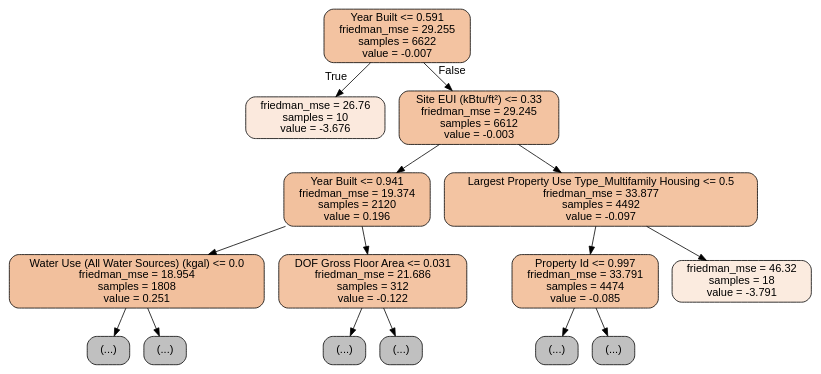
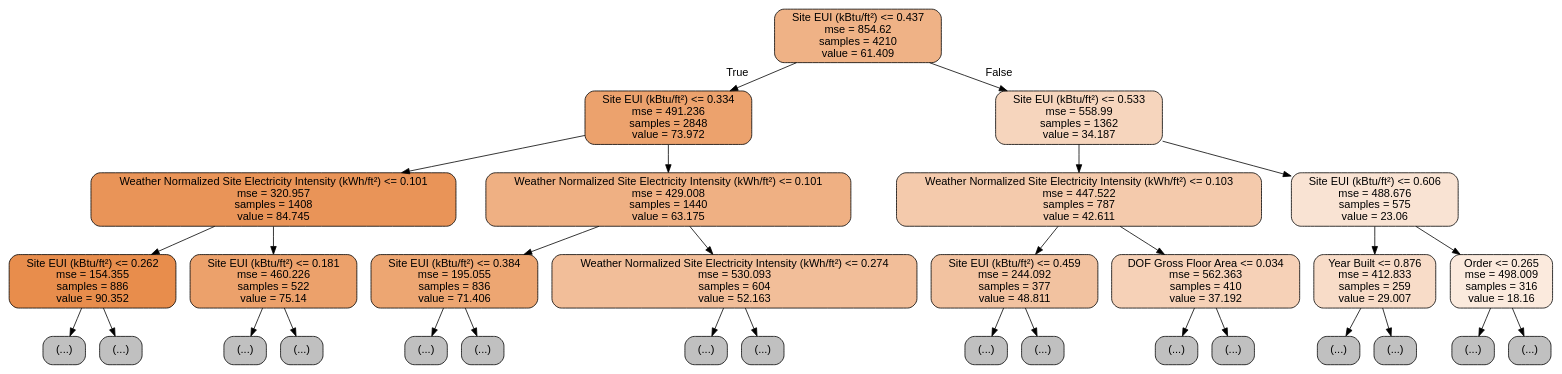
Before and after one commit to akimalikhanov/NY-building-energy-use-prediction: the diagram in data/tree_small.dot, drawn with Graphviz. The commit also changed 13 other files, not shown here.

```diff
--- a/data/tree_small.dot
+++ b/data/tree_small.dot
@@ -1,33 +1,65 @@
 digraph Tree {
 node [shape=box, style="filled, rounded", color="black", fontname=helvetica] ;
 edge [fontname=helvetica] ;
-0 [label="Year Built <= 0.591\nfriedman_mse = 29.255\nsamples = 6622\nvalue = -0.007", fillcolor="#f3c3a1"] ;
-1 [label="friedman_mse = 26.76\nsamples = 10\nvalue = -3.676", fillcolor="#fbe9dd"] ;
+0 [label="Site EUI (kBtu/ft²) <= 0.437\nmse = 854.62\nsamples = 4210\nvalue = 61.409", fillcolor="#efb286"] ;
+1 [label="Site EUI (kBtu/ft²) <= 0.334\nmse = 491.236\nsamples = 2848\nvalue = 73.972", fillcolor="#eca26d"] ;
 0 -> 1 [labeldistance=2.5, labelangle=45, headlabel="True"] ;
-2 [label="Site EUI (kBtu/ft²) <= 0.33\nfriedman_mse = 29.245\nsamples = 6612\nvalue = -0.003", fillcolor="#f3c3a1"] ;
-0 -> 2 [labeldistance=2.5, labelangle=-45, headlabel="False"] ;
-3 [label="Year Built <= 0.941\nfriedman_mse = 19.374\nsamples = 2120\nvalue = 0.196", fillcolor="#f2c19e"] ;
+2 [label="Weather Normalized Site Electricity Intensity (kWh/ft²) <= 0.101\nmse = 320.957\nsamples = 1408\nvalue = 84.745", fillcolor="#e99458"] ;
+1 -> 2 ;
+3 [label="Site EUI (kBtu/ft²) <= 0.262\nmse = 154.355\nsamples = 886\nvalue = 90.352", fillcolor="#e88d4c"] ;
 2 -> 3 ;
-4 [label="Water Use (All Water Sources) (kgal) <= 0.0\nfriedman_mse = 18.954\nsamples = 1808\nvalue = 0.251", fillcolor="#f2c09d"] ;
+4 [label="(...)", fillcolor="#C0C0C0"] ;
 3 -> 4 ;
-5 [label="(...)", fillcolor="#C0C0C0"] ;
-4 -> 5 ;
-10 [label="(...)", fillcolor="#C0C0C0"] ;
-4 -> 10 ;
-95 [label="DOF Gross Floor Area <= 0.031\nfriedman_mse = 21.686\nsamples = 312\nvalue = -0.122", fillcolor="#f3c4a3"] ;
-3 -> 95 ;
-96 [label="(...)", fillcolor="#C0C0C0"] ;
-95 -> 96 ;
-141 [label="(...)", fillcolor="#C0C0C0"] ;
-95 -> 141 ;
-142 [label="Largest Property Use Type_Multifamily Housing <= 0.5\nfriedman_mse = 33.877\nsamples = 4492\nvalue = -0.097", fillcolor="#f3c4a2"] ;
-2 -> 142 ;
-143 [label="Property Id <= 0.997\nfriedman_mse = 33.791\nsamples = 4474\nvalue = -0.085", fillcolor="#f3c4a2"] ;
-142 -> 143 ;
-144 [label="(...)", fillcolor="#C0C0C0"] ;
-143 -> 144 ;
-217 [label="(...)", fillcolor="#C0C0C0"] ;
-143 -> 217 ;
-218 [label="friedman_mse = 46.32\nsamples = 18\nvalue = -3.791", fillcolor="#fbebdf"] ;
-142 -> 218 ;
+47 [label="(...)", fillcolor="#C0C0C0"] ;
+3 -> 47 ;
+92 [label="Site EUI (kBtu/ft²) <= 0.181\nmse = 460.226\nsamples = 522\nvalue = 75.14", fillcolor="#eca16b"] ;
+2 -> 92 ;
+93 [label="(...)", fillcolor="#C0C0C0"] ;
+92 -> 93 ;
+112 [label="(...)", fillcolor="#C0C0C0"] ;
+92 -> 112 ;
+189 [label="Weather Normalized Site Electricity Intensity (kWh/ft²) <= 0.101\nmse = 429.008\nsamples = 1440\nvalue = 63.175", fillcolor="#efb083"] ;
+1 -> 189 ;
+190 [label="Site EUI (kBtu/ft²) <= 0.384\nmse = 195.055\nsamples = 836\nvalue = 71.406", fillcolor="#eda672"] ;
+189 -> 190 ;
+191 [label="(...)", fillcolor="#C0C0C0"] ;
+190 -> 191 ;
+234 [label="(...)", fillcolor="#C0C0C0"] ;
+190 -> 234 ;
+277 [label="Weather Normalized Site Electricity Intensity (kWh/ft²) <= 0.274\nmse = 530.093\nsamples = 604\nvalue = 52.163", fillcolor="#f2be99"] ;
+189 -> 277 ;
+278 [label="(...)", fillcolor="#C0C0C0"] ;
+277 -> 278 ;
+353 [label="(...)", fillcolor="#C0C0C0"] ;
+277 -> 353 ;
+384 [label="Site EUI (kBtu/ft²) <= 0.533\nmse = 558.99\nsamples = 1362\nvalue = 34.187", fillcolor="#f6d5bd"] ;
+0 -> 384 [labeldistance=2.5, labelangle=-45, headlabel="False"] ;
+385 [label="Weather Normalized Site Electricity Intensity (kWh/ft²) <= 0.103\nmse = 447.522\nsamples = 787\nvalue = 42.611", fillcolor="#f4caac"] ;
+384 -> 385 ;
+386 [label="Site EUI (kBtu/ft²) <= 0.459\nmse = 244.092\nsamples = 377\nvalue = 48.811", fillcolor="#f2c2a0"] ;
+385 -> 386 ;
+387 [label="(...)", fillcolor="#C0C0C0"] ;
+386 -> 387 ;
+418 [label="(...)", fillcolor="#C0C0C0"] ;
+386 -> 418 ;
+461 [label="DOF Gross Floor Area <= 0.034\nmse = 562.363\nsamples = 410\nvalue = 37.192", fillcolor="#f6d1b7"] ;
+385 -> 461 ;
+462 [label="(...)", fillcolor="#C0C0C0"] ;
+461 -> 462 ;
+515 [label="(...)", fillcolor="#C0C0C0"] ;
+461 -> 515 ;
+532 [label="Site EUI (kBtu/ft²) <= 0.606\nmse = 488.676\nsamples = 575\nvalue = 23.06", fillcolor="#f9e3d3"] ;
+384 -> 532 ;
+533 [label="Year Built <= 0.876\nmse = 412.833\nsamples = 259\nvalue = 29.007", fillcolor="#f8dcc8"] ;
+532 -> 533 ;
+534 [label="(...)", fillcolor="#C0C0C0"] ;
+533 -> 534 ;
+587 [label="(...)", fillcolor="#C0C0C0"] ;
+533 -> 587 ;
+606 [label="Order <= 0.265\nmse = 498.009\nsamples = 316\nvalue = 18.16", fillcolor="#fbeadd"] ;
+532 -> 606 ;
+607 [label="(...)", fillcolor="#C0C0C0"] ;
+606 -> 607 ;
+640 [label="(...)", fillcolor="#C0C0C0"] ;
+606 -> 640 ;
 }
```
